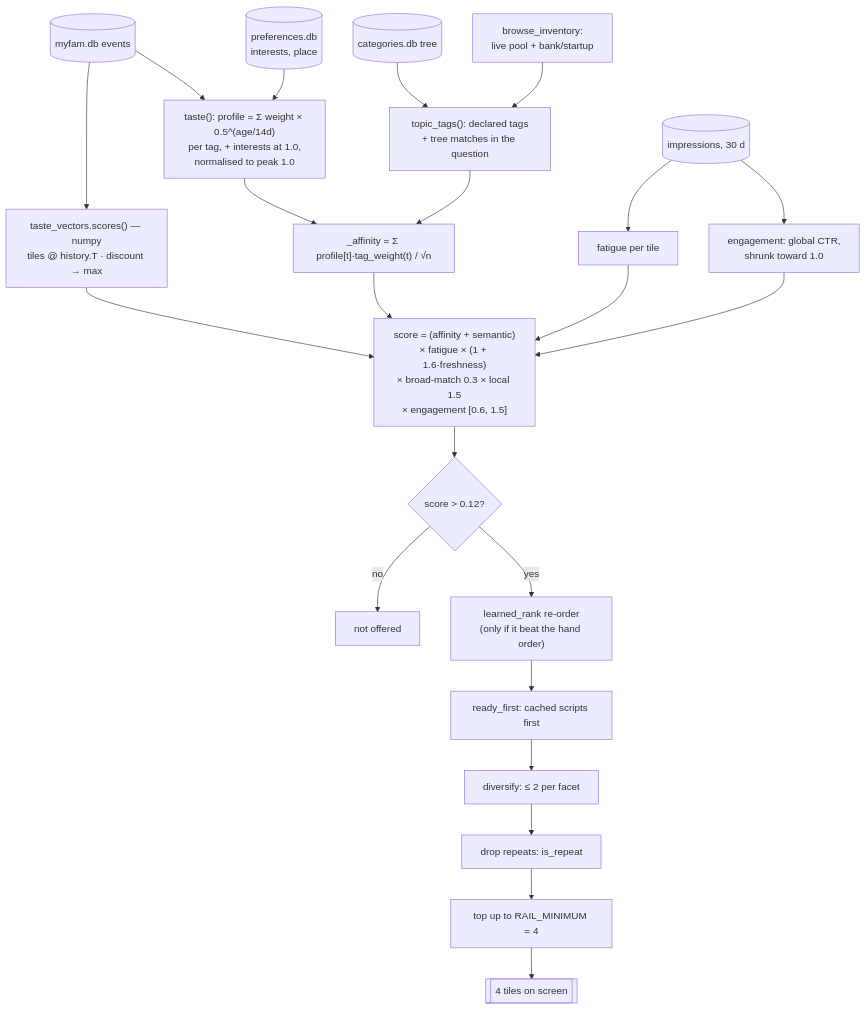
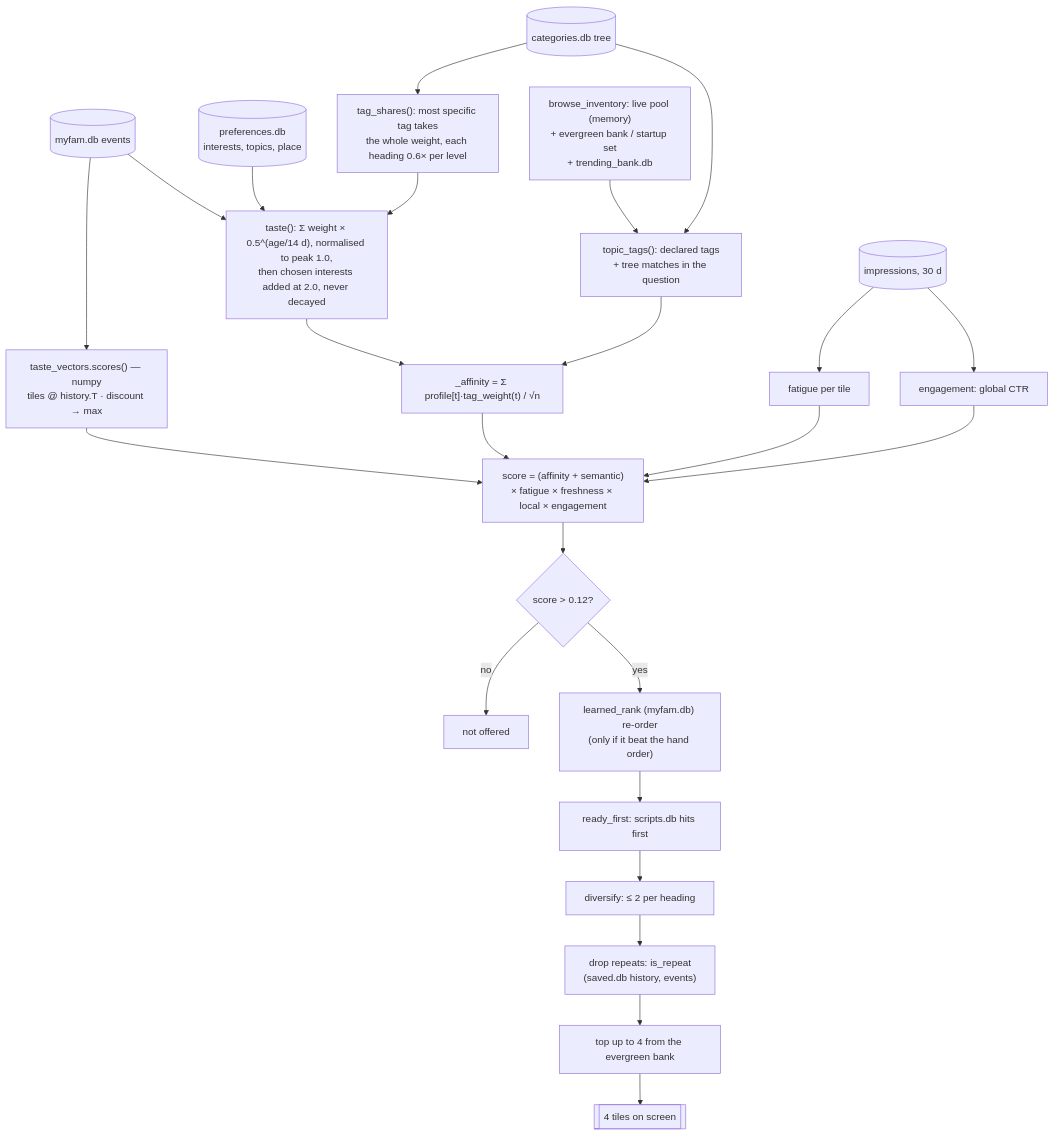
The third of 3 diagrams in docs/DATA.md (tjweingart-byte/FAM), drawn with Mermaid before and after one commit. The commit also changed other lines of this file, not shown here.

````diff
--- a/docs/DATA.md
+++ b/docs/DATA.md
@@ -217,22 +492,24 @@
 ```mermaid
 flowchart TB
   EV[(myfam.db events)] --> TASTE
-  PREF[(preferences.db<br/>interests, place)] --> TASTE
-  CAT[(categories.db tree)] --> TAGS
-  TASTE["taste(): profile = Σ weight × 0.5^(age/14d)<br/>per tag, + interests at 1.0,<br/>normalised to peak 1.0"] --> AFF
-  INV[browse_inventory:<br/>live pool + bank/startup] --> TAGS["topic_tags(): declared tags<br/>+ tree matches in the question"]
+  PREF[(preferences.db<br/>interests, topics, place)] --> TASTE
+  CAT[(categories.db tree)] --> SHARES
+  SHARES["tag_shares(): most specific tag takes<br/>the whole weight, each heading 0.6× per level"] --> TASTE
+  TASTE["taste(): Σ weight × 0.5^(age/14 d), normalised to peak 1.0,<br/>then chosen interests added at 2.0, never decayed"] --> AFF
+  INV["browse_inventory: live pool (memory)<br/>+ evergreen bank / startup set<br/>+ trending_bank.db"] --> TAGS
+  CAT --> TAGS["topic_tags(): declared tags<br/>+ tree matches in the question"]
   TAGS --> AFF["_affinity = Σ profile[t]·tag_weight(t) / √n"]
   EV --> SEM["taste_vectors.scores() — numpy<br/>tiles @ history.T · discount → max"]
   SEM --> SCORE
-  AFF --> SCORE["score = (affinity + semantic)<br/>× fatigue × (1 + 1.6·freshness)<br/>× broad-match 0.3 × local 1.5<br/>× engagement [0.6, 1.5]"]
+  AFF --> SCORE["score = (affinity + semantic)<br/>× fatigue × freshness × local × engagement"]
   IMP[(impressions, 30 d)] --> FAT[fatigue per tile] --> SCORE
-  IMP --> ENG[engagement: global CTR,<br/>shrunk toward 1.0] --> SCORE
+  IMP --> ENG[engagement: global CTR] --> SCORE
   SCORE --> FLOOR{"score > 0.12?"}
   FLOOR -->|no| DROP[not offered]
-  FLOOR -->|yes| LR["learned_rank re-order<br/>(only if it beat the hand order)"]
-  LR --> READY[ready_first: cached scripts first]
-  READY --> DIV[diversify: ≤ 2 per facet]
-  DIV --> REP[drop repeats: is_repeat]
-  REP --> MIN[top up to RAIL_MINIMUM = 4]
+  FLOOR -->|yes| LR["learned_rank (myfam.db) re-order<br/>(only if it beat the hand order)"]
+  LR --> READY["ready_first: scripts.db hits first"]
+  READY --> DIV[diversify: ≤ 2 per heading]
+  DIV --> REP["drop repeats: is_repeat<br/>(saved.db history, events)"]
+  REP --> MIN[top up to 4 from the evergreen bank]
   MIN --> TILE[[4 tiles on screen]]
 ```
````
